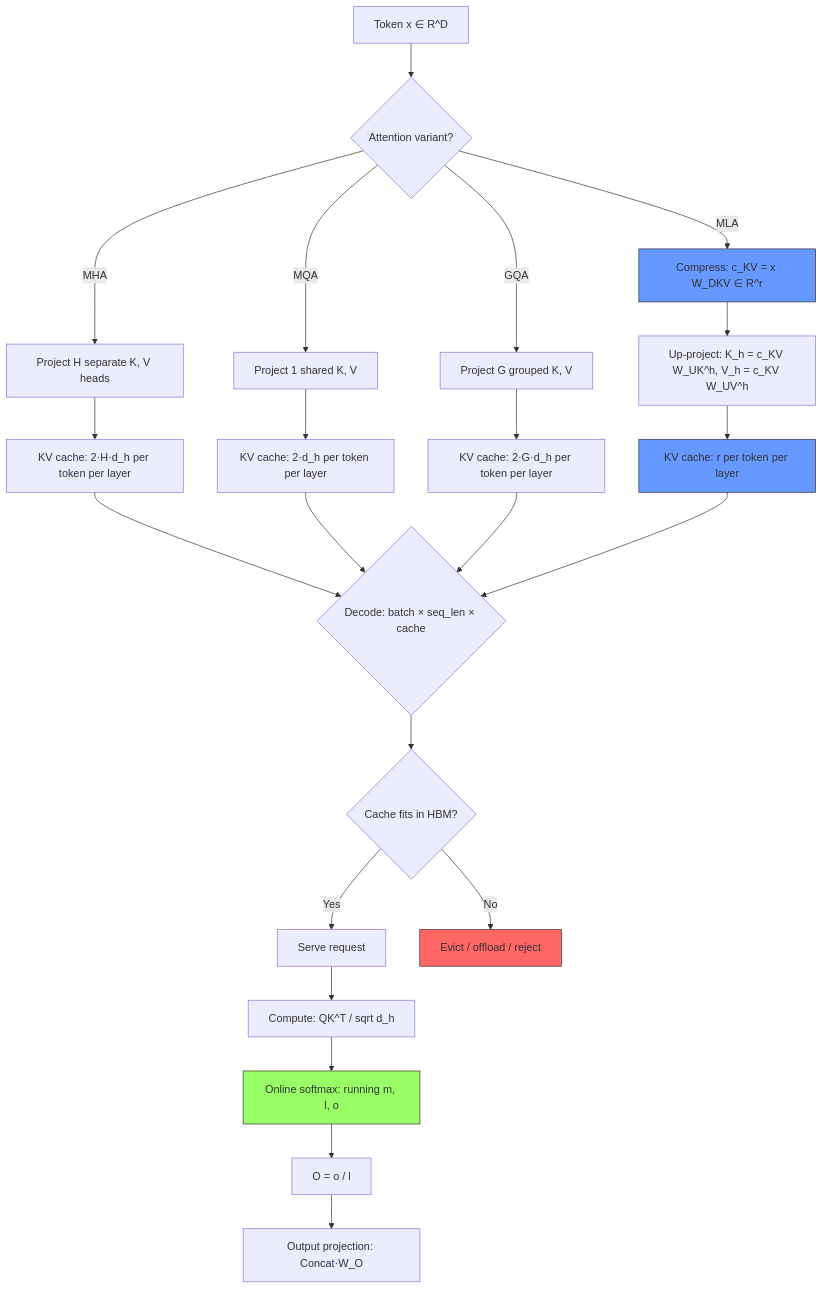
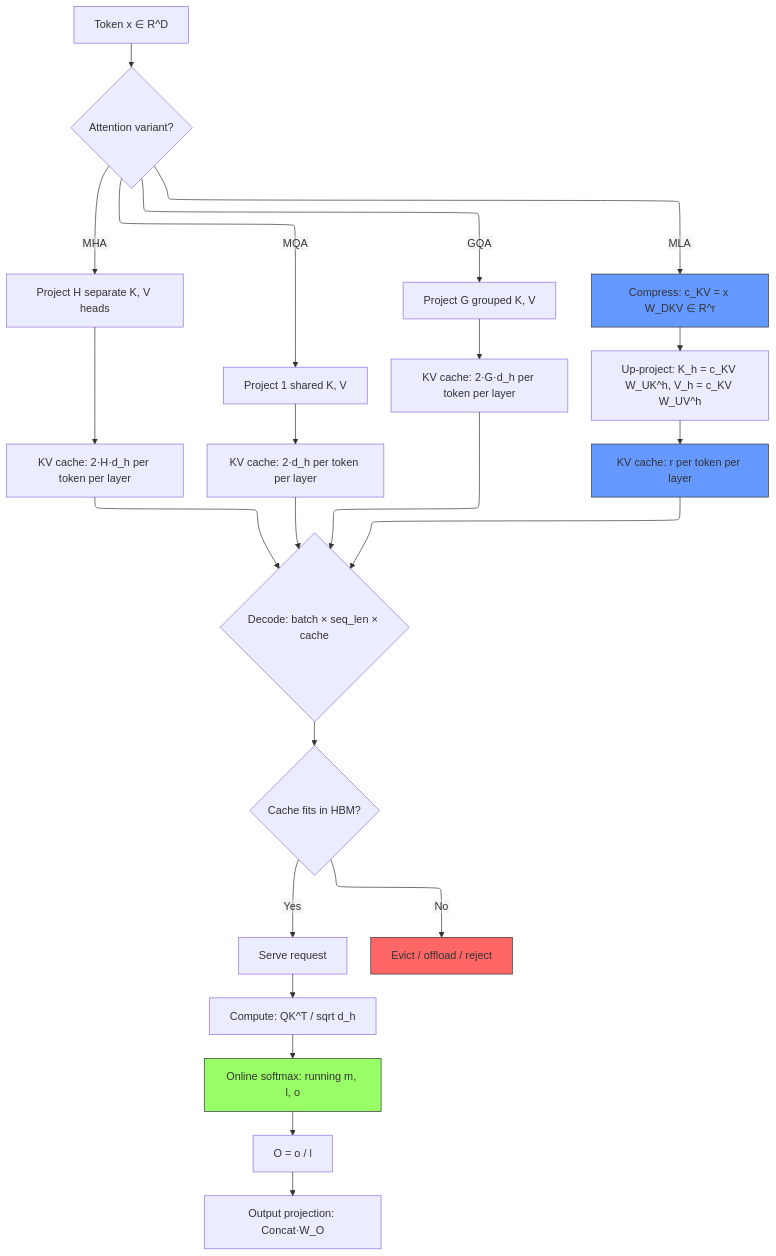
Before and after one commit to Wty2003328/ai_infra_intro: the diagram in ai_infra/L6_Algorithms_and_Models/Attention_Mechanisms.md, drawn with Mermaid. The commit also changed 108 other files, not shown here.

````diff
--- a/ai_infra/L6_Algorithms_and_Models/Attention_Mechanisms.md
+++ b/ai_infra/L6_Algorithms_and_Models/Attention_Mechanisms.md
@@ -574,35 +574,36 @@
 ```mermaid
+%%{init: {"flowchart": {"defaultRenderer": "elk", "nodeSpacing": 60, "rankSpacing": 60, "htmlLabels": false}}}%%
 flowchart TD
     A["Token x ∈ R^D"] --> B{"Attention variant?"}
 
     B -->|MHA| C["Project H separate K, V heads"]
     B -->|MQA| D["Project 1 shared K, V"]
     B -->|GQA| E["Project G grouped K, V"]
     B -->|MLA| F["Compress: c_KV = x W_DKV ∈ R^r"]
 
     C --> G["KV cache: 2·H·d_h per token per layer"]
     D --> H["KV cache: 2·d_h per token per layer"]
     E --> I["KV cache: 2·G·d_h per token per layer"]
     F --> J["Up-project: K_h = c_KV W_UK^h, V_h = c_KV W_UV^h"]
 
     J --> K["KV cache: r per token per layer"]
 
     G --> L{"Decode: batch × seq_len × cache"}
     H --> L
     I --> L
     K --> L
 
     L --> M{"Cache fits in HBM?"}
     M -->|"Yes"| N["Serve request"]
     M -->|"No"| O["Evict / offload / reject"]
 
     N --> P["Compute: QK^T / sqrt d_h"]
     P --> Q["Online softmax: running m, l, o"]
     Q --> R["O = o / l"]
     R --> S["Output projection: Concat·W_O"]
 
     style F fill:#69f,stroke:#333
     style K fill:#69f,stroke:#333
     style O fill:#f66,stroke:#333
     style Q fill:#9f6,stroke:#333
 ```
````
